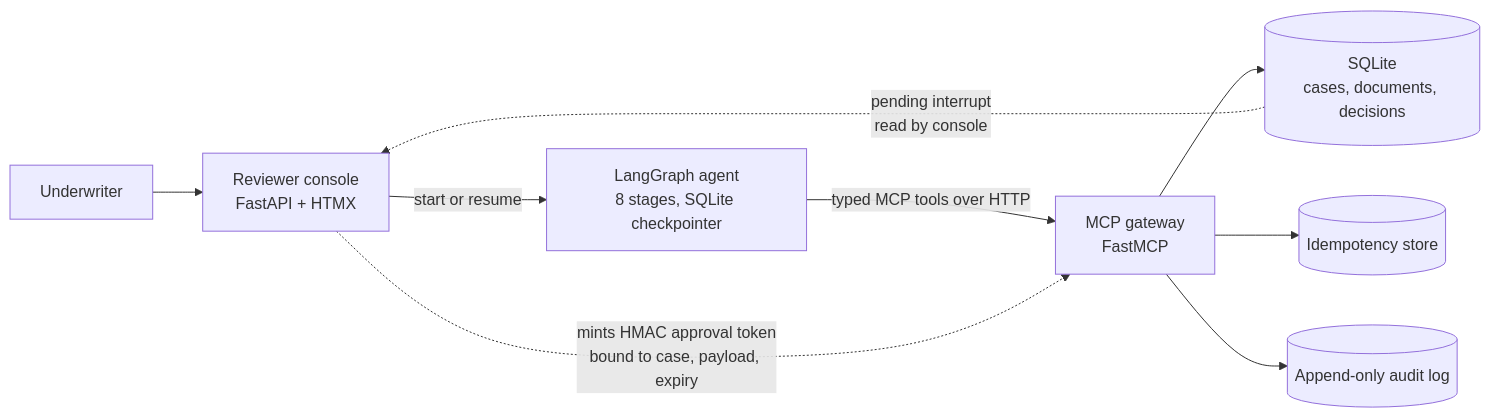
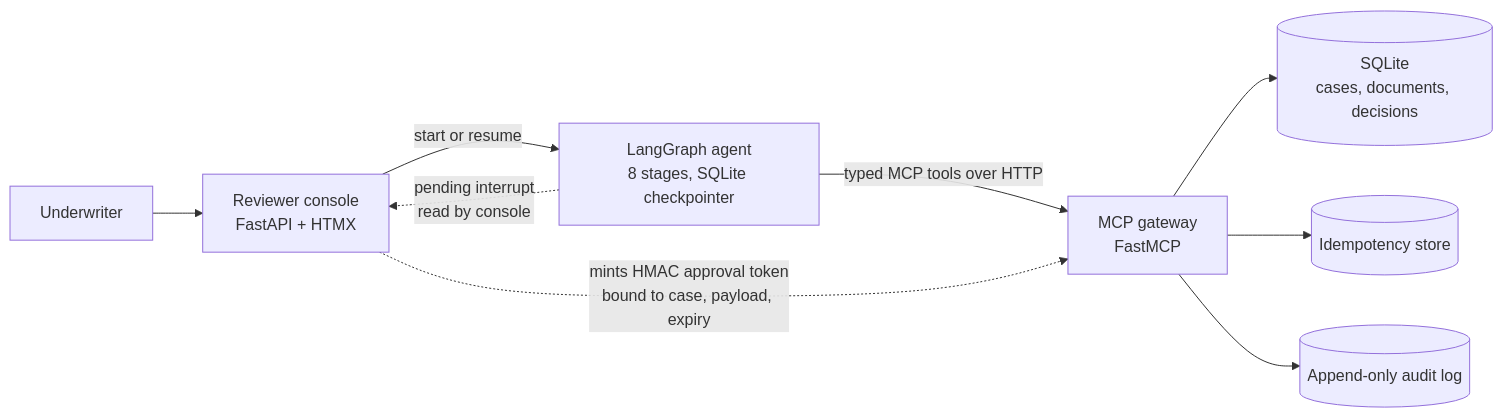
One commit to ArpanSM/forge-agent-mcp changed the diagram in README.md. Above: the diagram before and after it, drawn with Mermaid. The commit also changed other lines of this file and 7 other files, not shown here.

````diff
--- a/README.md
+++ b/README.md
@@ -39,11 +39,11 @@
 ```mermaid
 flowchart LR
     R[Underwriter] --> C[Reviewer console<br/>FastAPI + HTMX]
     C -->|start or resume| A[LangGraph agent<br/>8 stages, SQLite checkpointer]
     A -->|typed MCP tools over HTTP| G[MCP gateway<br/>FastMCP]
     G --> D[(SQLite<br/>cases, documents, decisions)]
     G --> I[(Idempotency store)]
     G --> L[(Append-only audit log)]
     C -.->|mints HMAC approval token<br/>bound to case, payload, expiry| G
-    D -.->|pending interrupt<br/>read by console| C
+    A -.->|pending interrupt<br/>read by console| C
 ```
````
